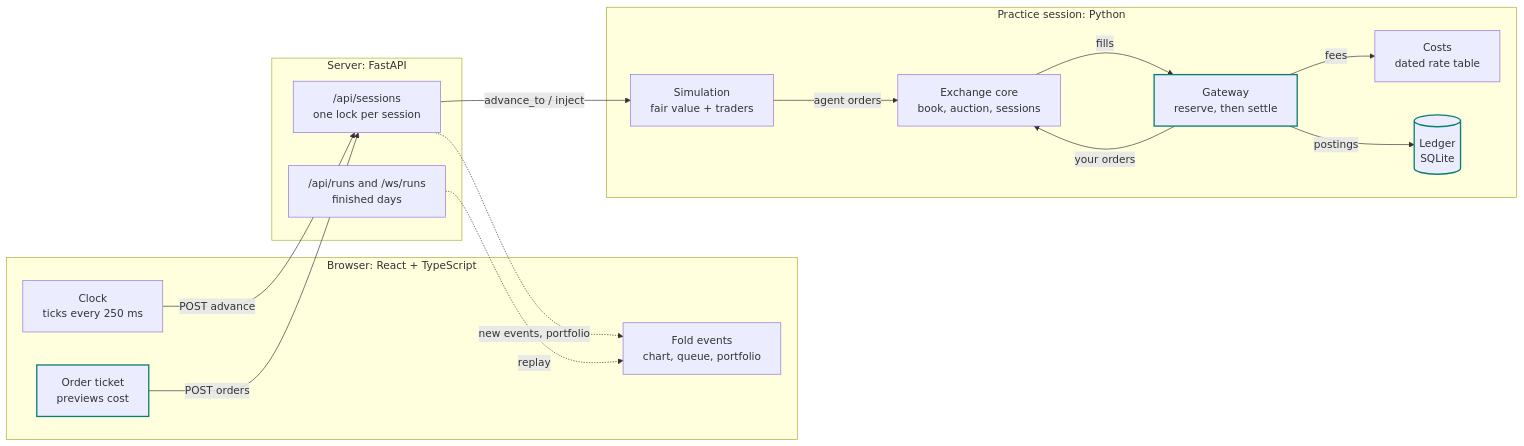
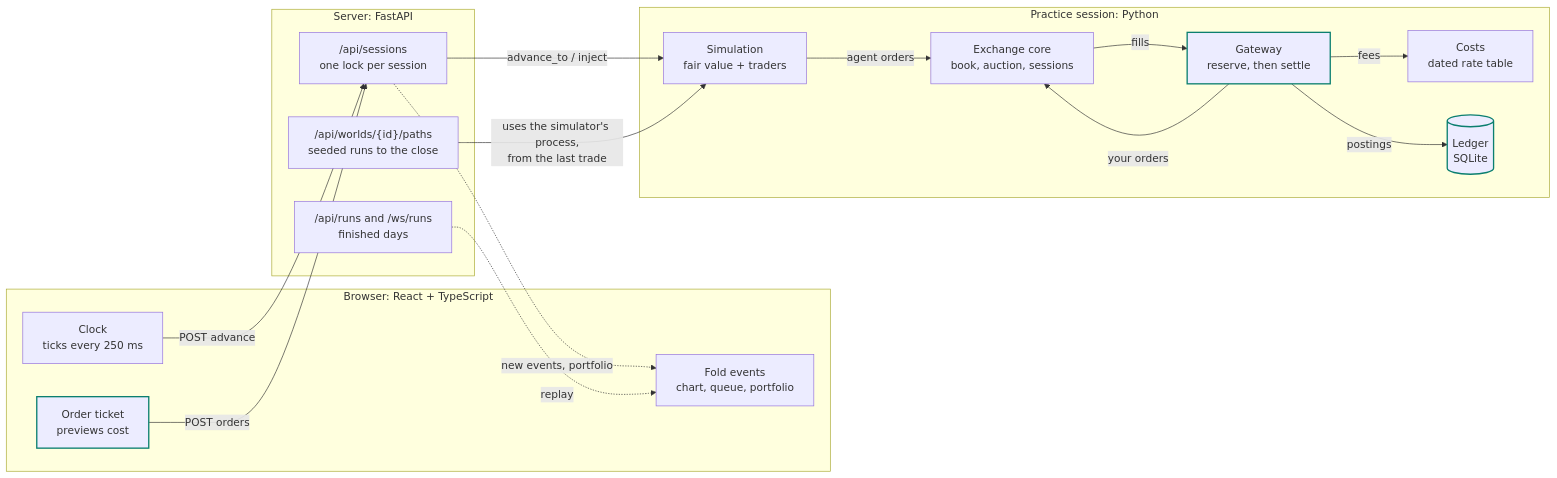
One commit to shivemn/market-lab changed the first of 6 diagrams in docs/architecture.md. Above: the diagram before and after it, drawn with Mermaid. The commit also changed other lines of this file and 1 other file, not shown here.

Commit message:
Describe the price paths and the motion rules in the README and architecture notes

````diff
--- a/docs/architecture.md
+++ b/docs/architecture.md
@@ -13,31 +13,33 @@
 ```mermaid
 flowchart LR
     subgraph browser["Browser: React + TypeScript"]
         ticket["Order ticket<br/>previews cost"]
         clock["Clock<br/>ticks every 250 ms"]
         fold["Fold events<br/>chart, queue, portfolio"]
     end
     subgraph server["Server: FastAPI"]
         rest["/api/sessions<br/>one lock per session"]
         runs["/api/runs and /ws/runs<br/>finished days"]
+        paths["/api/worlds/{id}/paths<br/>seeded runs to the close"]
     end
     subgraph session["Practice session: Python"]
         sim["Simulation<br/>fair value + traders"]
         ex["Exchange core<br/>book, auction, sessions"]
         gw["Gateway<br/>reserve, then settle"]
         costs["Costs<br/>dated rate table"]
         led[("Ledger<br/>SQLite")]
     end
     clock -- "POST advance" --> rest
     ticket -- "POST orders" --> rest
     rest -- "advance_to / inject" --> sim
     sim -- "agent orders" --> ex
     gw -- "your orders" --> ex
     ex -- "fills" --> gw
     gw -- "fees" --> costs
     gw -- "postings" --> led
     rest -. "new events, portfolio" .-> fold
     runs -. "replay" .-> fold
+    paths -- "uses the simulator's process,<br/>from the last trade" --> sim
     classDef money stroke:#0b7f6f,stroke-width:2px
     class gw,led,ticket money
 ```
````
